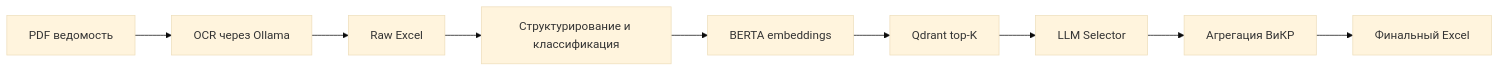
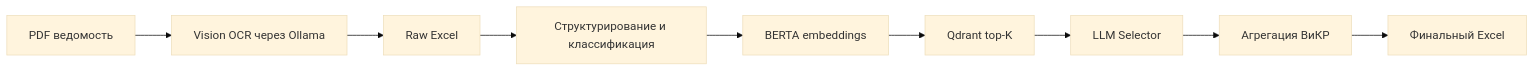
The diagram in README.md (KonstantinBab/GraphIT), drawn with Mermaid (base theme) before and after one commit. The commit also changed other lines of this file, not shown here.

Commit message:
Document Vision OCR setup

````diff
--- a/README.md
+++ b/README.md
@@ -33,11 +33,11 @@
 ```mermaid
 flowchart LR
-    A["PDF ведомость"] --> B["OCR через Ollama"]
+    A["PDF ведомость"] --> B["Vision OCR через Ollama"]
     B --> C["Raw Excel"]
     C --> D["Структурирование и классификация"]
     D --> E["BERTA embeddings"]
     E --> F["Qdrant top-K"]
     F --> G["LLM Selector"]
     G --> H["Агрегация ВиКР"]
     H --> I["Финальный Excel"]
 ```
````
